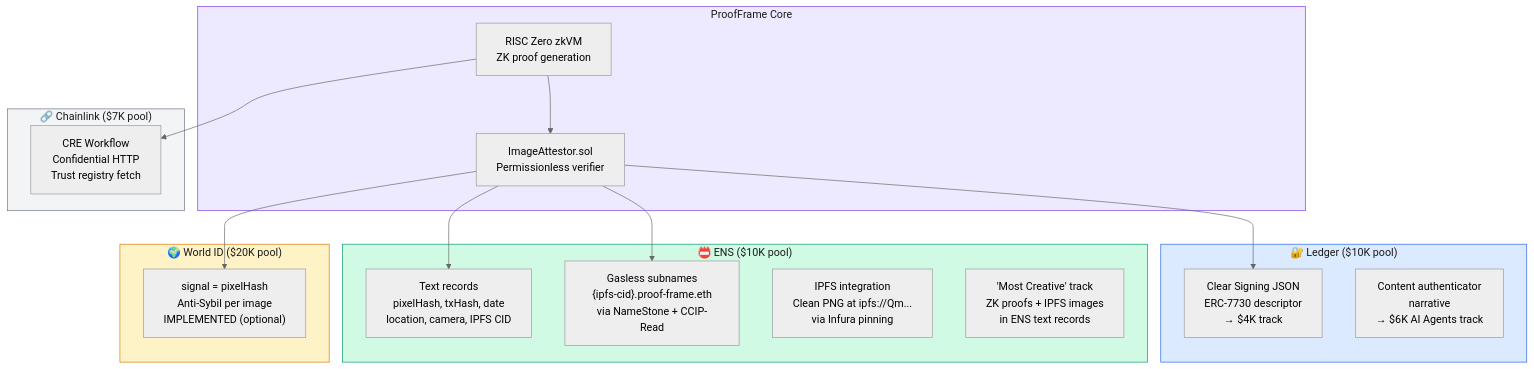
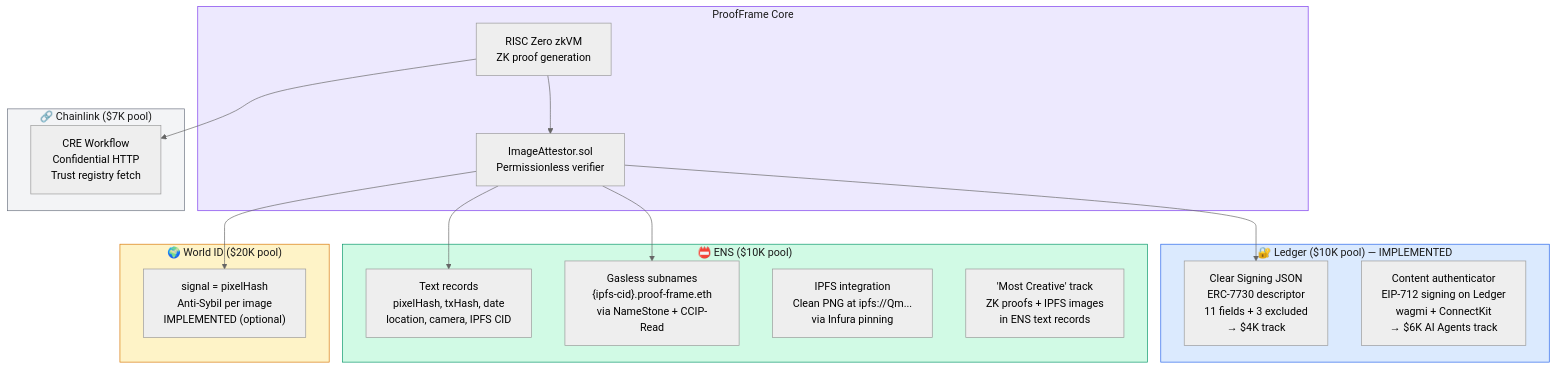
Before and after one commit to pycckuu/proof-frame: the eighth of 13 diagrams in docs/DIAGRAMS.md, drawn with Mermaid (neutral theme). The commit also changed other lines of this file and 13 other files, not shown here.

````diff
--- a/docs/DIAGRAMS.md
+++ b/docs/DIAGRAMS.md
@@ -316,40 +316,40 @@
 ```mermaid
 graph TB
     subgraph CORE["ProofFrame Core"]
         ZK["RISC Zero zkVM<br/>ZK proof generation"]
         CONTRACT["ImageAttestor.sol<br/>Permissionless verifier"]
     end
 
-    subgraph LEDGER["🔐 Ledger ($10K pool)"]
-        LED_CS["Clear Signing JSON<br/>ERC-7730 descriptor<br/>→ $4K track"]
-        LED_AI["Content authenticator<br/>narrative<br/>→ $6K AI Agents track"]
+    subgraph LEDGER["🔐 Ledger ($10K pool) — IMPLEMENTED"]
+        LED_CS["Clear Signing JSON<br/>ERC-7730 descriptor<br/>11 fields + 3 excluded<br/>→ $4K track"]
+        LED_AI["Content authenticator<br/>EIP-712 signing on Ledger<br/>wagmi + ConnectKit<br/>→ $6K AI Agents track"]
     end
 
     subgraph ENS_S["📛 ENS ($10K pool)"]
         ENS_TR["Text records<br/>pixelHash, txHash, date<br/>location, camera, IPFS CID"]
         ENS_SUB["Gasless subnames<br/>{ipfs-cid}.proof-frame.eth<br/>via NameStone + CCIP-Read"]
         ENS_IPFS["IPFS integration<br/>Clean PNG at ipfs://Qm...<br/>via Infura pinning"]
         ENS_NOTE["'Most Creative' track<br/>ZK proofs + IPFS images<br/>in ENS text records"]
     end
 
     subgraph CL["🔗 Chainlink ($7K pool)"]
         CRE["CRE Workflow<br/>Confidential HTTP<br/>Trust registry fetch"]
     end
 
     subgraph WID["🌍 World ID ($20K pool)"]
         WID_P["signal = pixelHash<br/>Anti-Sybil per image<br/>IMPLEMENTED (optional)"]
     end
 
     ZK --> CONTRACT
     CONTRACT --> LED_CS
     CONTRACT --> ENS_TR
     CONTRACT --> ENS_SUB
     ZK --> CRE
     CONTRACT --> WID_P
 
     style CORE fill:#ede9fe,stroke:#7c3aed,color:#1a1a1a
     style LEDGER fill:#dbeafe,stroke:#2563eb,color:#1a1a1a
     style ENS_S fill:#d1fae5,stroke:#059669,color:#1a1a1a
     style CL fill:#f3f4f6,stroke:#6b7280,color:#1a1a1a
     style WID fill:#fef3c7,stroke:#d97706,color:#1a1a1a
 ```
````
